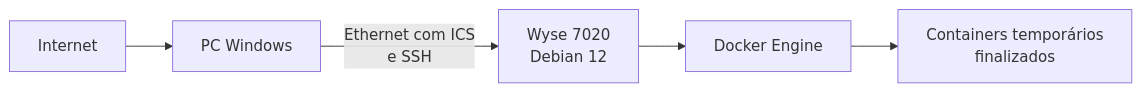
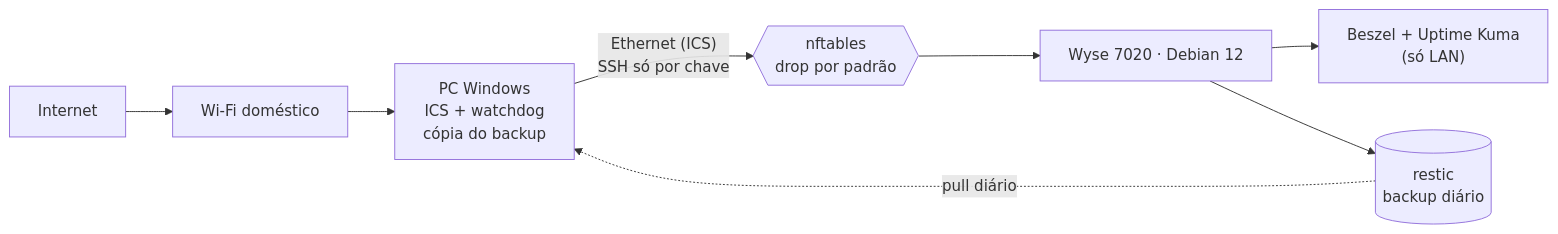
The diagram in README.md (ViniciusBzm/homelab), drawn with Mermaid before and after one commit. The commit also changed other lines of this file and 30 other files, not shown here.

````diff
--- a/README.md
+++ b/README.md
@@ -23,7 +16,10 @@
 ```mermaid
 flowchart LR
-    INTERNET["Internet"] --> PC["PC Windows"]
-    PC -->|"Ethernet com ICS<br/>e SSH"| WYSE["Wyse 7020<br/>Debian 12"]
-    WYSE --> DOCKER["Docker Engine"]
-    DOCKER --> TESTES["Containers temporários<br/>finalizados"]
+    INTERNET["Internet"] --> WIFI["Wi-Fi doméstico"]
+    WIFI --> PC["PC Windows<br/>ICS + watchdog<br/>cópia do backup"]
+    PC -->|"Ethernet (ICS)<br/>SSH só por chave"| FW{{"nftables<br/>drop por padrão"}}
+    FW --> WYSE["Wyse 7020 · Debian 12"]
+    WYSE --> MON["Beszel + Uptime Kuma<br/>(só LAN)"]
+    WYSE --> BKP[("restic<br/>backup diário")]
+    BKP -. "pull diário" .-> PC
 ```
````
